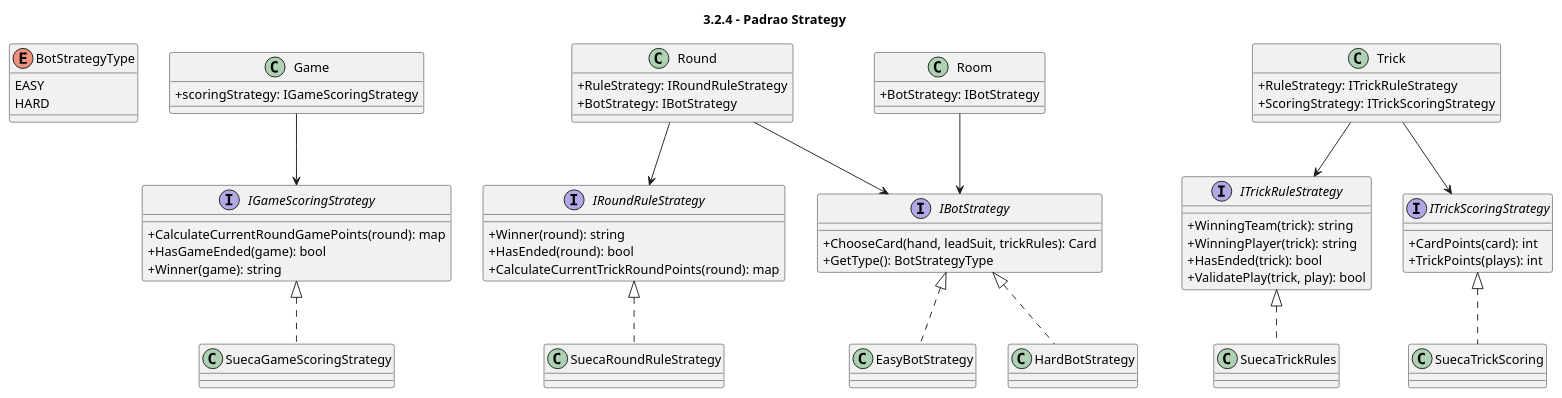
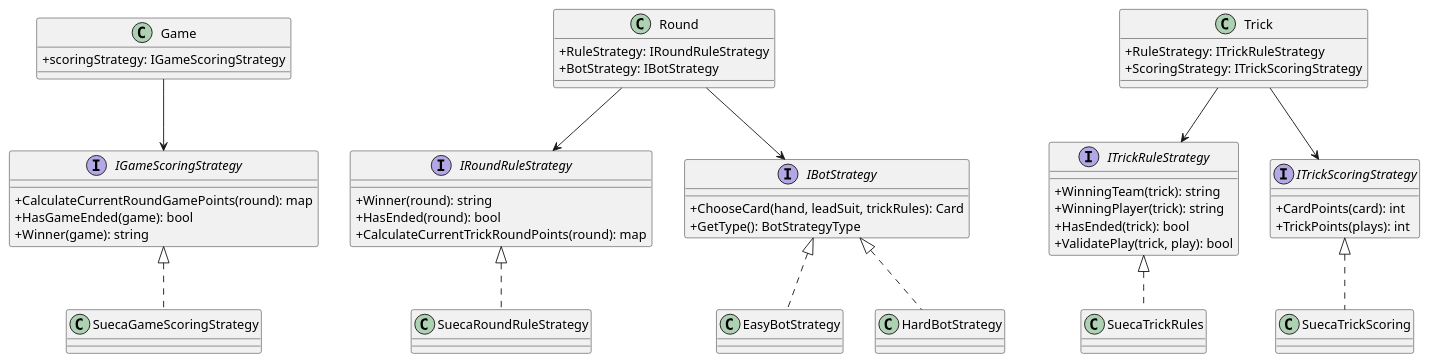
The diagram in DocumentacaoV2/classes/04_strategy_pattern.puml (DuarteMSousa/PEDWM_TP1), drawn with PlantUML before and after one commit. The commit also changed 4 other files, not shown here.

First line of the commit message:
Refactor UML class diagrams and patterns

```diff
--- a/DocumentacaoV2/classes/04_strategy_pattern.puml
+++ b/DocumentacaoV2/classes/04_strategy_pattern.puml
@@ -1,83 +1,73 @@
 @startuml
-title 3.2.4 - Padrao Strategy
 
 skinparam classAttributeIconSize 0
-
-enum BotStrategyType {
-  EASY
-  HARD
-}
 
 interface IGameScoringStrategy {
   +CalculateCurrentRoundGamePoints(round): map
   +HasGameEnded(game): bool
   +Winner(game): string
 }
 
 class SuecaGameScoringStrategy
 IGameScoringStrategy <|.. SuecaGameScoringStrategy
 
 interface IRoundRuleStrategy {
   +Winner(round): string
   +HasEnded(round): bool
   +CalculateCurrentTrickRoundPoints(round): map
 }
 
 class SuecaRoundRuleStrategy
 IRoundRuleStrategy <|.. SuecaRoundRuleStrategy
 
 interface ITrickRuleStrategy {
   +WinningTeam(trick): string
   +WinningPlayer(trick): string
   +HasEnded(trick): bool
   +ValidatePlay(trick, play): bool
 }
 
 class SuecaTrickRules
 ITrickRuleStrategy <|.. SuecaTrickRules
 
 interface ITrickScoringStrategy {
   +CardPoints(card): int
   +TrickPoints(plays): int
 }
 
 class SuecaTrickScoring
 ITrickScoringStrategy <|.. SuecaTrickScoring
 
 interface IBotStrategy {
   +ChooseCard(hand, leadSuit, trickRules): Card
   +GetType(): BotStrategyType
 }
 
 class EasyBotStrategy
 class HardBotStrategy
 
 IBotStrategy <|.. EasyBotStrategy
 IBotStrategy <|.. HardBotStrategy
 
 class Game {
   +scoringStrategy: IGameScoringStrategy
 }
 
 class Round {
   +RuleStrategy: IRoundRuleStrategy
   +BotStrategy: IBotStrategy
 }
 
 class Trick {
   +RuleStrategy: ITrickRuleStrategy
   +ScoringStrategy: ITrickScoringStrategy
 }
 
-class Room {
-  +BotStrategy: IBotStrategy
-}
 
 Game --> IGameScoringStrategy
 Round --> IRoundRuleStrategy
 Round --> IBotStrategy
 Trick --> ITrickRuleStrategy
 Trick --> ITrickScoringStrategy
-Room --> IBotStrategy
 
 @enduml
```
